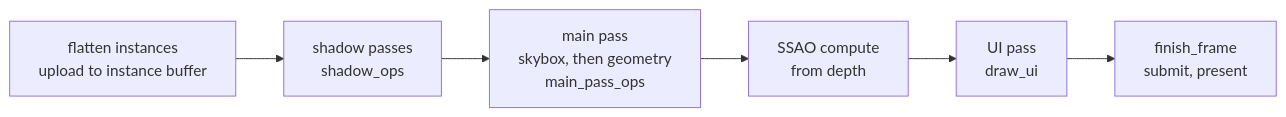
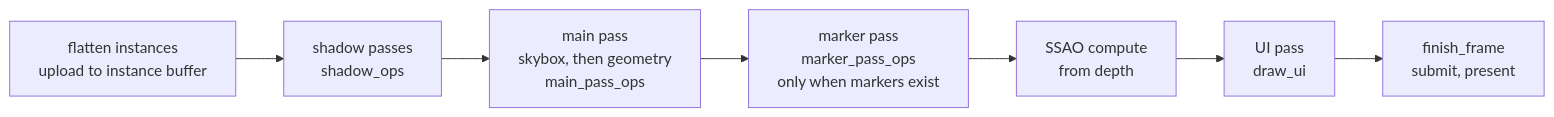
One commit to WrackedFella/moho changed the third of 3 diagrams in wiki/architecture/rendering.md. Above: the diagram before and after it, drawn with Mermaid. The commit also changed other lines of this file and 21 other files, not shown here.

````diff
--- a/wiki/architecture/rendering.md
+++ b/wiki/architecture/rendering.md
@@ -128,8 +129,9 @@
 ```mermaid
 flowchart LR
     A["flatten instances<br/>upload to instance buffer"] --> B["shadow passes<br/>shadow_ops"]
     B --> C["main pass<br/>skybox, then geometry<br/>main_pass_ops"]
-    C --> D["SSAO compute<br/>from depth"]
+    C --> K["marker pass<br/>marker_pass_ops<br/>only when markers exist"]
+    K --> D["SSAO compute<br/>from depth"]
     D --> U["UI pass<br/>draw_ui"]
     U --> E["finish_frame<br/>submit, present"]
 ```
````
